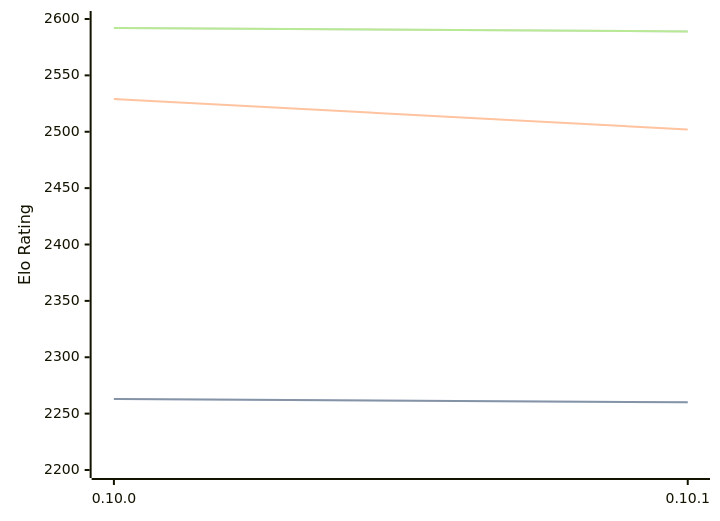
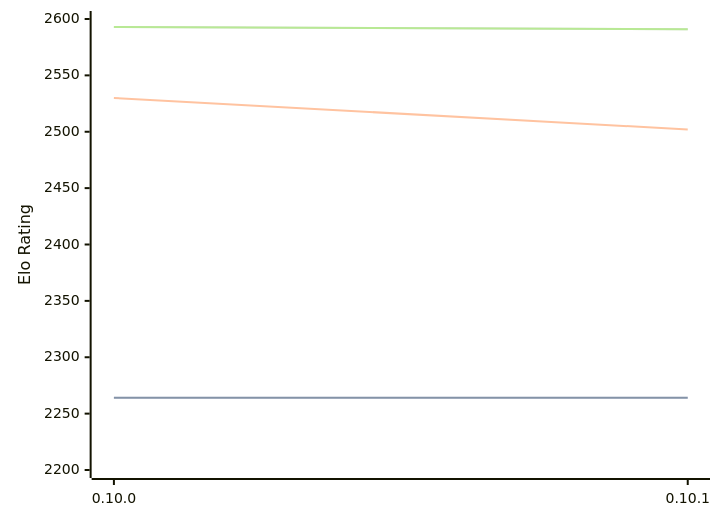
Before and after one commit to computer-chess-index/cci: the diagram in engines/Fatalii.md, drawn with Mermaid. The commit also changed other lines of this file, not shown here.

Commit message:
Update CCI Ratings (ELO VLTC) - 2026-07-23

````diff
--- a/engines/Fatalii.md
+++ b/engines/Fatalii.md
@@ -46,11 +46,11 @@
 ```mermaid
 %%{init: {"theme":"base","themeVariables":{"seriesColors:['#a3a3a3','#222221','#faa371']}}}%%
 xychart-beta
   x-axis ["0.10.0", "0.10.1"]
   y-axis "Elo Rating" 2200 --> 2600
-  line "STC (8.0+0.08s)" [2263, 2260]
-  line "STC (8.0+0.08s)" [2263, 2260]
-  line "LTC (60.0+0.60s)" [2529, 2502]
-  line "VLTC (2m24s+1.12s)" [2592, 2589]
-  line "VLTC (2m24s+1.12s)" [2592, 2589]
+  line "STC (8.0+0.08s)" [2264, 2264]
+  line "STC (8.0+0.08s)" [2264, 2264]
+  line "LTC (60.0+0.60s)" [2530, 2502]
+  line "VLTC (2m24s+1.12s)" [2593, 2591]
+  line "VLTC (2m24s+1.12s)" [2593, 2591]
 ```
````
